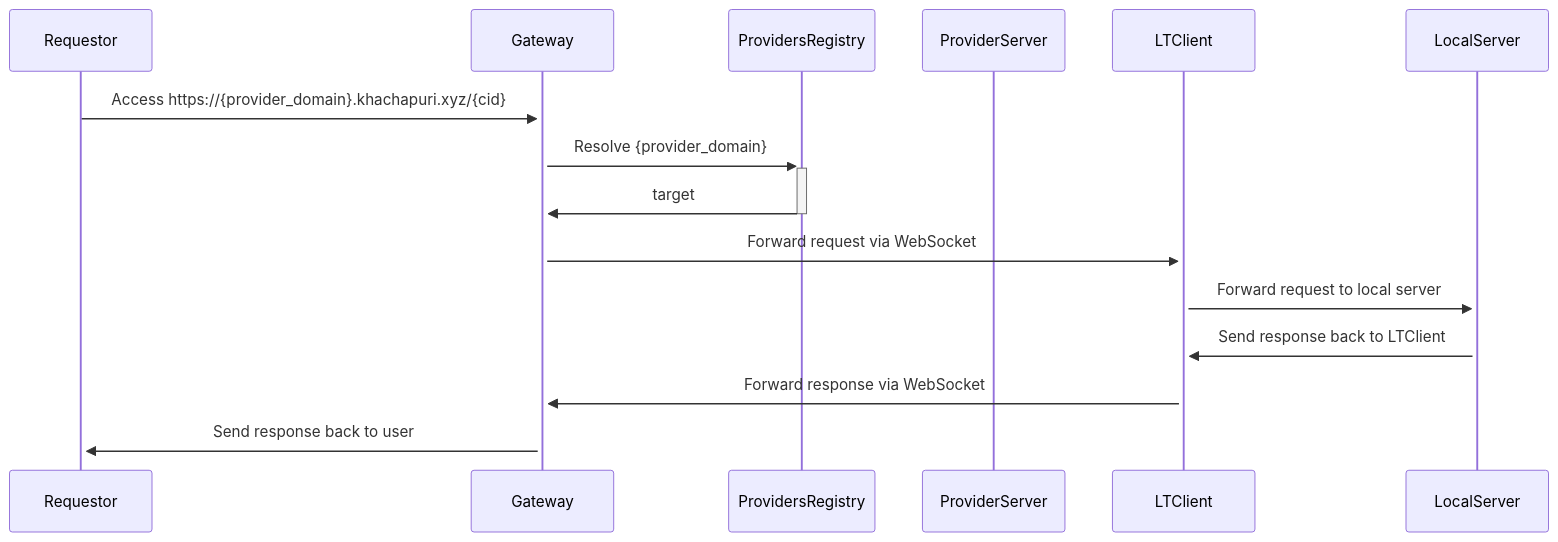
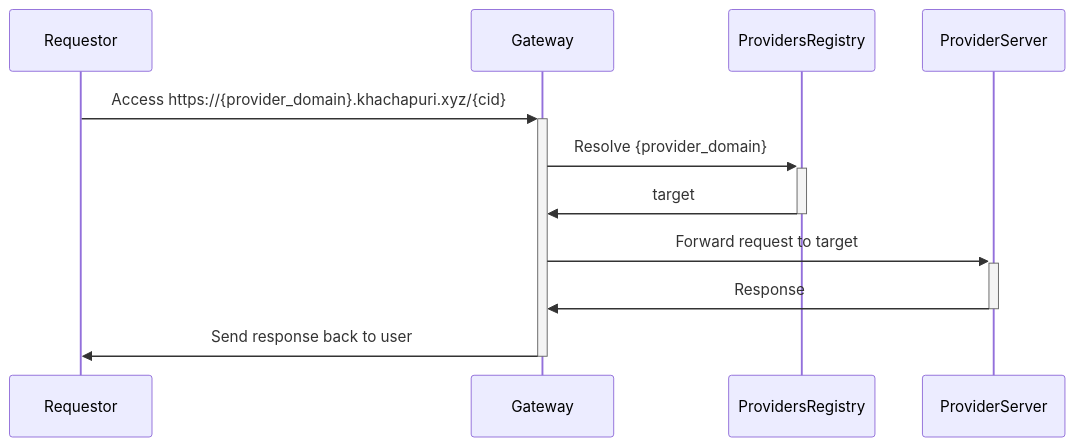
The sixth of 7 diagrams in README.md (matzapata/ipfs-compute), drawn with Mermaid before and after one commit. The commit also changed other lines of this file and 1 other file, not shown here.

Commit message:
schema and utils

````diff
--- a/README.md
+++ b/README.md
@@ -112,17 +117,14 @@
 ```mermaid
 sequenceDiagram
-    participant User as Requestor
-    participant LTServer as Gateway
+    participant Requestor
+    participant Gateway
     participant Registry as ProvidersRegistry
     participant ProviderServer
 
-
-    User->>+LTServer: Access https://{provider_domain}.khachapuri.xyz/{cid}
-    LTServer->>+Registry: Resolve {provider_domain}
-    Registry->>-LTServer: target
-    LTServer->>+LTClient: Forward request via WebSocket
-    LTClient->>+LocalServer: Forward request to local server
-    LocalServer->>+LTClient: Send response back to LTClient
-    LTClient->>+LTServer: Forward response via WebSocket
-    LTServer->>+User: Send response back to user
+    Requestor->>+Gateway: Access https://{provider_domain}.khachapuri.xyz/{cid}
+    Gateway->>+Registry: Resolve {provider_domain}
+    Registry->>-Gateway: target
+    Gateway->>+ProviderServer: Forward request to target
+    ProviderServer->>-Gateway: Response
+    Gateway->>-Requestor: Send response back to user
 ```
````
